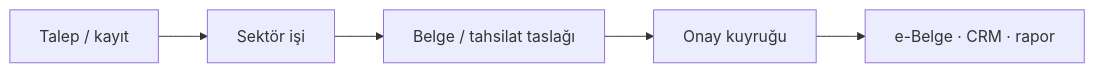
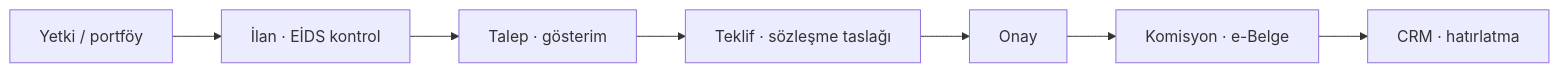
Before and after one commit to sametkarabulut-dev/xfuturepos-v2: the first of 2 diagrams in 01 Sektörler/09 Emlak & Gayrimenkul.md, drawn with Mermaid. The commit also changed other lines of this file and 5 other files, not shown here.

````diff
--- a/01 Sektörler/09 Emlak & Gayrimenkul.md
+++ b/01 Sektörler/09 Emlak & Gayrimenkul.md
@@ -54,7 +55,9 @@
 ```mermaid
 flowchart LR
-  A["Talep / kayıt"] --> B["Sektör işi"]
-  B --> C["Belge / tahsilat taslağı"]
-  C --> D["Onay kuyruğu"]
-  D --> E["e-Belge · CRM · rapor"]
+  A["Yetki / portföy"] --> B["İlan · EİDS kontrol"]
+  B --> C["Talep · gösterim"]
+  C --> D["Teklif · sözleşme taslağı"]
+  D --> E["Onay"]
+  E --> F["Komisyon · e-Belge"]
+  F --> G["CRM · hatırlatma"]
 ```
````
